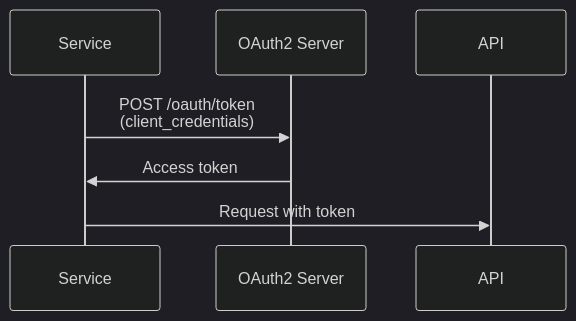
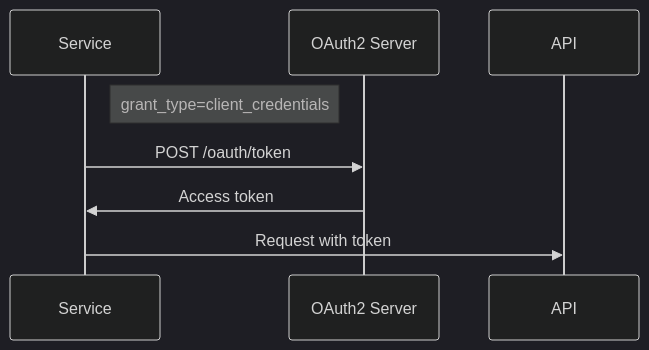
The fourth of 5 diagrams in docs/index.md (ianlintner/rust_oauth2), drawn with Mermaid (dark theme) before and after one commit. The commit also changed other lines of this file and 9 other files, not shown here.

Commit message:
Fix mermaid diagram labels and improve markdown formatting across documentation

````diff
--- a/docs/index.md
+++ b/docs/index.md
@@ -119,9 +119,10 @@
 ```mermaid
 sequenceDiagram
     participant Service
     participant OAuth2 as OAuth2 Server
     
-    Service->>OAuth2: POST /oauth/token<br/>(client_credentials)
+    Note right of Service: grant_type=client_credentials
+    Service->>OAuth2: POST /oauth/token
     OAuth2->>Service: Access token
     Service->>API: Request with token
 ```
````
